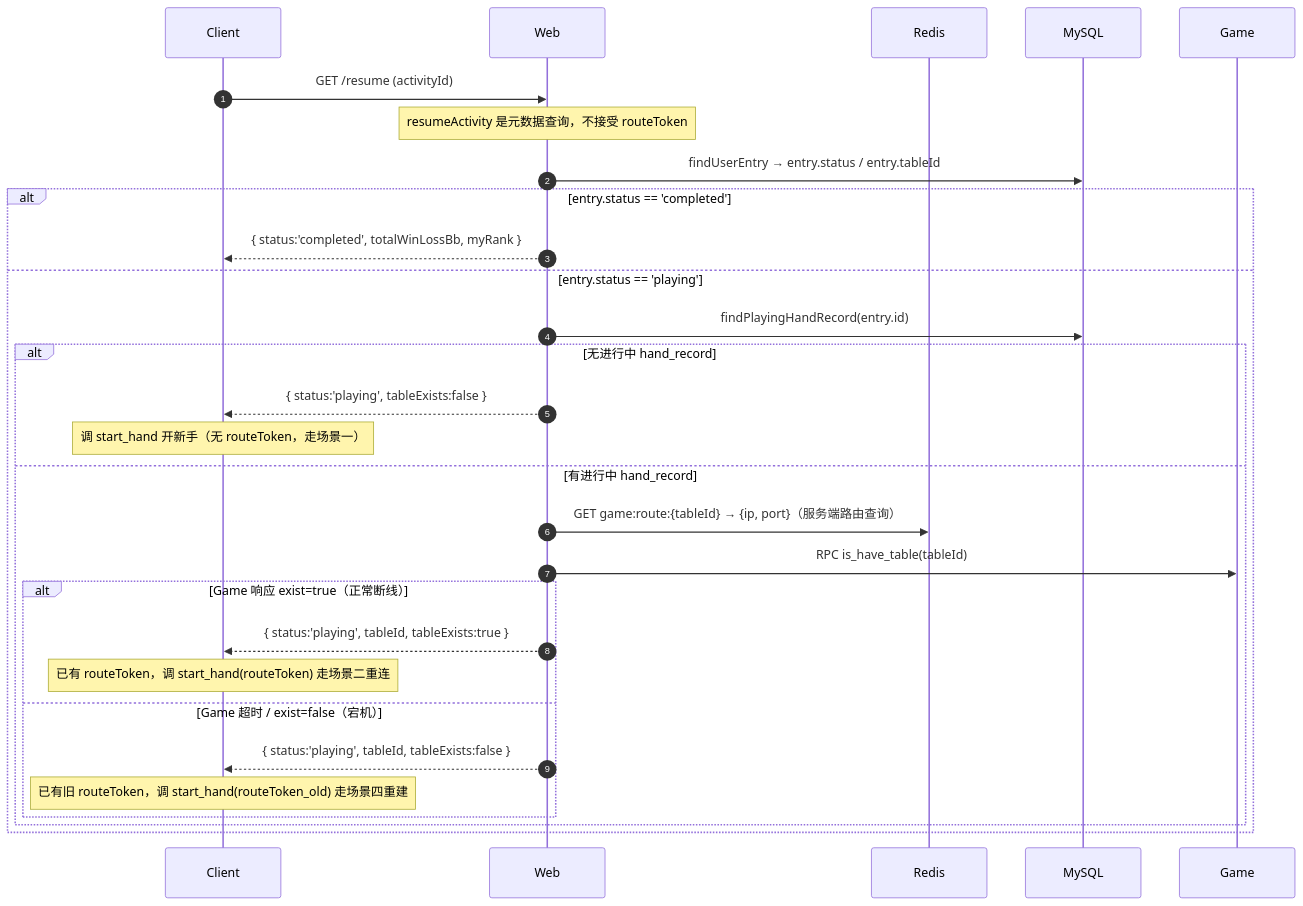
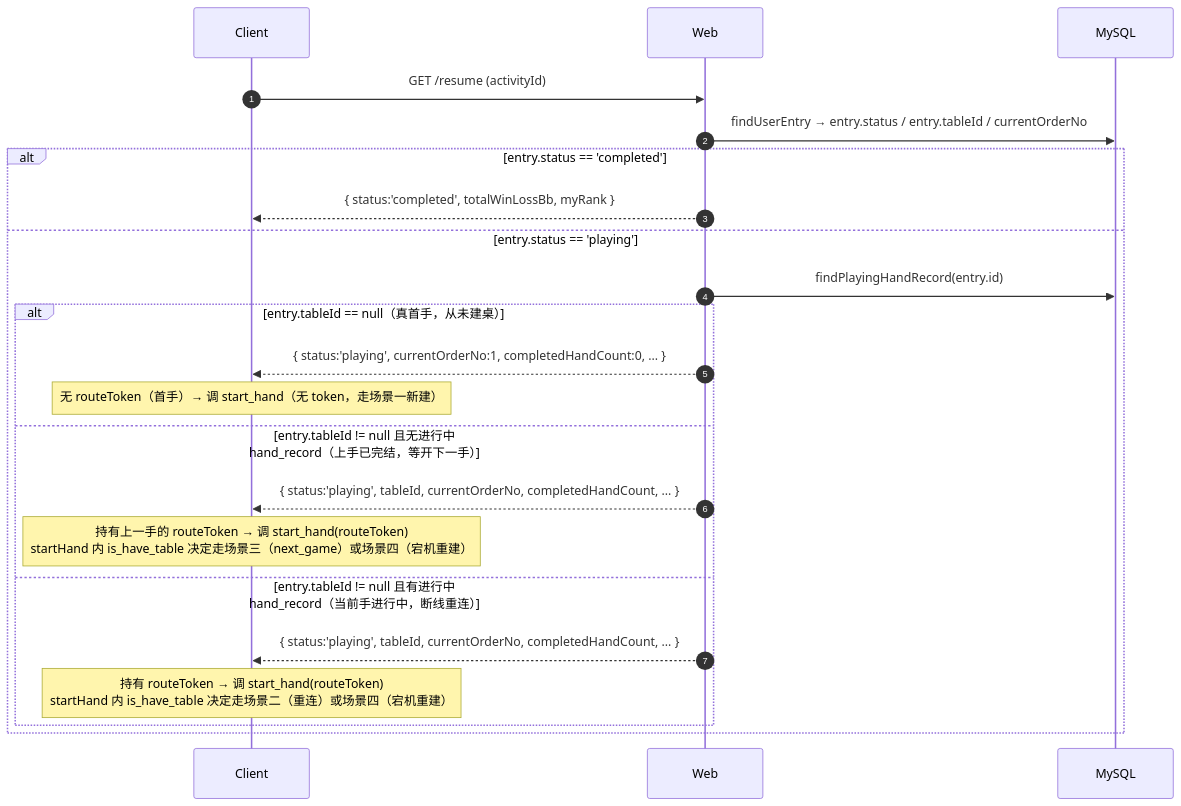
Diagram 13 of 13 in docs/poker/10-tableId路由game调整.md (zdl20251023-pixel/agent-frame), drawn with Mermaid before and after one commit. The commit also changed other lines of this file, not shown here.

Commit message:
tableId路由调整

````diff
--- a/docs/poker/10-tableId路由game调整.md
+++ b/docs/poker/10-tableId路由game调整.md
@@ -497,35 +517,27 @@
 ```mermaid
 sequenceDiagram
     autonumber
     participant Client
     participant Web
-    participant Redis
     participant MySQL
-    participant Game
 
     Client->>Web: GET /resume (activityId)
-    Note over Web: resumeActivity 是元数据查询，不接受 routeToken
-    Web->>MySQL: findUserEntry → entry.status / entry.tableId
+    Web->>MySQL: findUserEntry → entry.status / entry.tableId / currentOrderNo
 
     alt entry.status == 'completed'
         Web-->>Client: { status:'completed', totalWinLossBb, myRank }
     else entry.status == 'playing'
         Web->>MySQL: findPlayingHandRecord(entry.id)
 
-        alt 无进行中 hand_record
-            Web-->>Client: { status:'playing', tableExists:false }
-            Note over Client: 调 start_hand 开新手（无 routeToken，走场景一）
-        else 有进行中 hand_record
-            Web->>Redis: GET game:route:{tableId} → {ip, port}（服务端路由查询）
-            Web->>Game: RPC is_have_table(tableId)
-
-            alt Game 响应 exist=true（正常断线）
-                Web-->>Client: { status:'playing', tableId, tableExists:true }
-                Note over Client: 已有 routeToken，调 start_hand(routeToken) 走场景二重连
-            else Game 超时 / exist=false（宕机）
-                Web-->>Client: { status:'playing', tableId, tableExists:false }
-                Note over Client: 已有旧 routeToken，调 start_hand(routeToken_old) 走场景四重建
-            end
+        alt entry.tableId == null（真首手，从未建桌）
+            Web-->>Client: { status:'playing', currentOrderNo:1, completedHandCount:0, ... }
+            Note over Client: 无 routeToken（首手）→ 调 start_hand（无 token，走场景一新建）
+        else entry.tableId != null 且无进行中 hand_record（上手已完结，等开下一手）
+            Web-->>Client: { status:'playing', tableId, currentOrderNo, completedHandCount, ... }
+            Note over Client: 持有上一手的 routeToken → 调 start_hand(routeToken)<br/>startHand 内 is_have_table 决定走场景三（next_game）或场景四（宕机重建）
+        else entry.tableId != null 且有进行中 hand_record（当前手进行中，断线重连）
+            Web-->>Client: { status:'playing', tableId, currentOrderNo, completedHandCount, ... }
+            Note over Client: 持有 routeToken → 调 start_hand(routeToken)<br/>startHand 内 is_have_table 决定走场景二（重连）或场景四（宕机重建）
         end
     end
 ```
````
